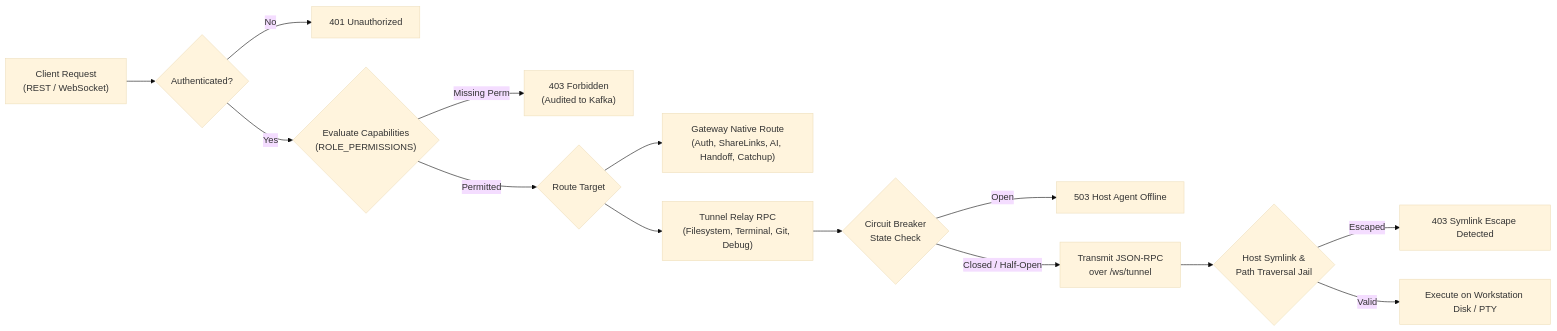
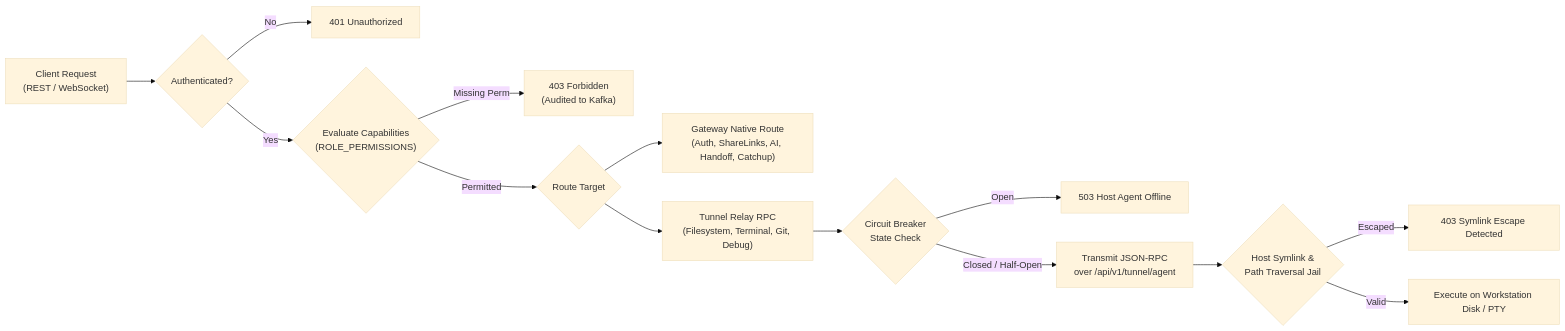
Before and after one commit to whilstsomebody/RemoteIDE: the third of 6 diagrams in README.md, drawn with Mermaid (base theme). The commit also changed other lines of this file, not shown here.

````diff
--- a/README.md
+++ b/README.md
@@ -296,19 +298,19 @@
 ```mermaid
 flowchart LR
     Caller["Client Request\n(REST / WebSocket)"] --> AuthFilter{"Authenticated?"}
     AuthFilter -- No --> Err401["401 Unauthorized"]
     AuthFilter -- Yes --> RoleGate{"Evaluate Capabilities\n(ROLE_PERMISSIONS)"}
     
     RoleGate -- Missing Perm --> Err403["403 Forbidden\n(Audited to Kafka)"]
     RoleGate -- Permitted --> TargetSelect{"Route Target"}
 
     TargetSelect --> GatewayNative["Gateway Native Route\n(Auth, ShareLinks, AI, Handoff, Catchup)"]
     TargetSelect --> HostRPC["Tunnel Relay RPC\n(Filesystem, Terminal, Git, Debug)"]
 
     HostRPC --> Breaker{"Circuit Breaker\nState Check"}
     Breaker -- Open --> Err503["503 Host Agent Offline"]
-    Breaker -- Closed / Half-Open --> TunnelTx["Transmit JSON-RPC\nover /ws/tunnel"]
+    Breaker -- Closed / Half-Open --> TunnelTx["Transmit JSON-RPC\nover /api/v1/tunnel/agent"]
     TunnelTx --> HostJail{"Host Symlink &\nPath Traversal Jail"}
     HostJail -- Escaped --> ErrJail["403 Symlink Escape Detected"]
     HostJail -- Valid --> HostExec["Execute on Workstation Disk / PTY"]
 ```
````
